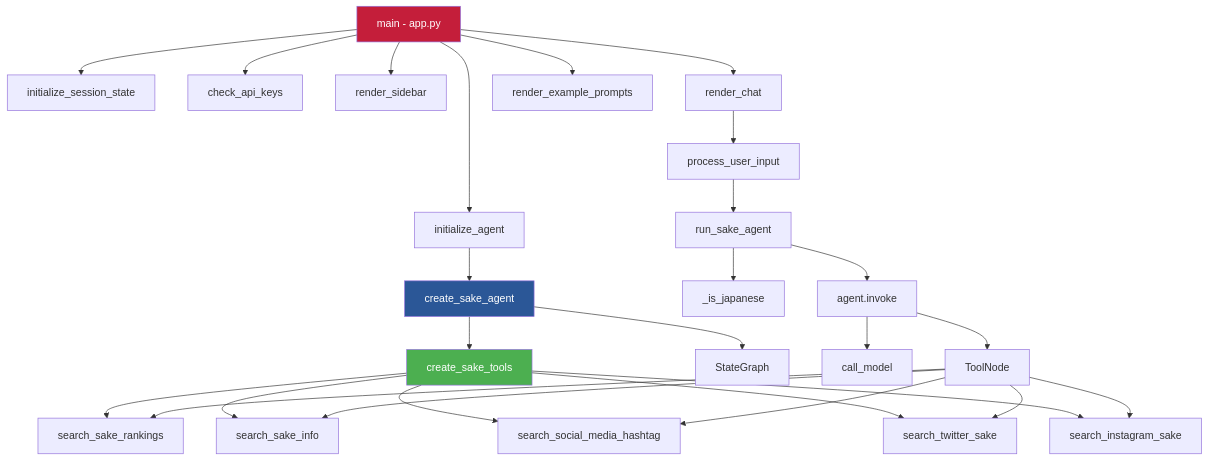
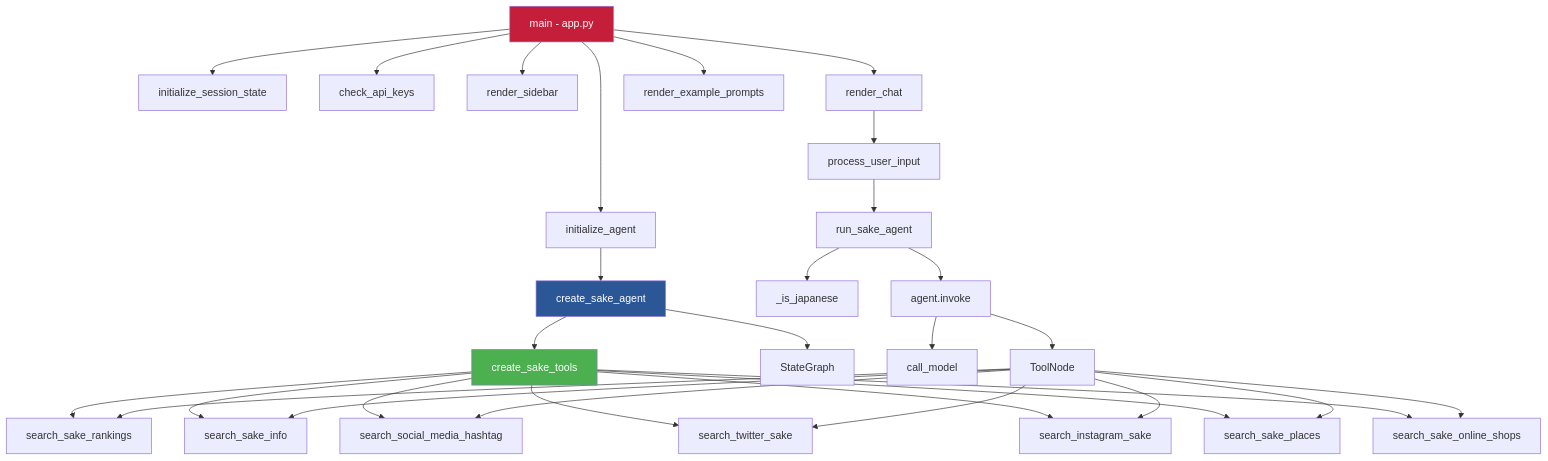
One commit to riko-py-mk/japan_sake_guide_app changed diagram 12 of 13 in SYSTEM_DIAGRAM.md. Above: the diagram before and after it, drawn with Mermaid. The commit also changed other lines of this file and 1 other file, not shown here.

First line of the commit message:
Update README and system architecture documentation

````diff
--- a/SYSTEM_DIAGRAM.md
+++ b/SYSTEM_DIAGRAM.md
@@ -449,32 +528,34 @@
 ```mermaid
 graph TD
     MAIN[main - app.py] --> INIT[initialize_session_state]
     MAIN --> CHECK[check_api_keys]
     MAIN --> AGENT_INIT[initialize_agent]
     MAIN --> SIDEBAR[render_sidebar]
     MAIN --> CHAT[render_chat]
     MAIN --> EXAMPLES[render_example_prompts]
 
     AGENT_INIT --> CREATE[create_sake_agent]
     CREATE --> TOOLS[create_sake_tools]
     CREATE --> GRAPH[StateGraph]
 
     TOOLS --> T1[search_sake_rankings]
     TOOLS --> T2[search_sake_info]
     TOOLS --> T3[search_social_media_hashtag]
     TOOLS --> T4[search_twitter_sake]
     TOOLS --> T5[search_instagram_sake]
+    TOOLS --> T6[search_sake_places]
+    TOOLS --> T7[search_sake_online_shops]
 
     CHAT --> PROCESS[process_user_input]
     PROCESS --> RUN[run_sake_agent]
     RUN --> DETECT[_is_japanese]
     RUN --> INVOKE[agent.invoke]
 
     INVOKE --> CALL[call_model]
     INVOKE --> TOOL_NODE[ToolNode]
-    TOOL_NODE --> T1 & T2 & T3 & T4 & T5
+    TOOL_NODE --> T1 & T2 & T3 & T4 & T5 & T6 & T7
 
     style MAIN fill:#c41e3a,color:#fff
     style CREATE fill:#2b5797,color:#fff
     style TOOLS fill:#4CAF50,color:#fff
 ```
````
